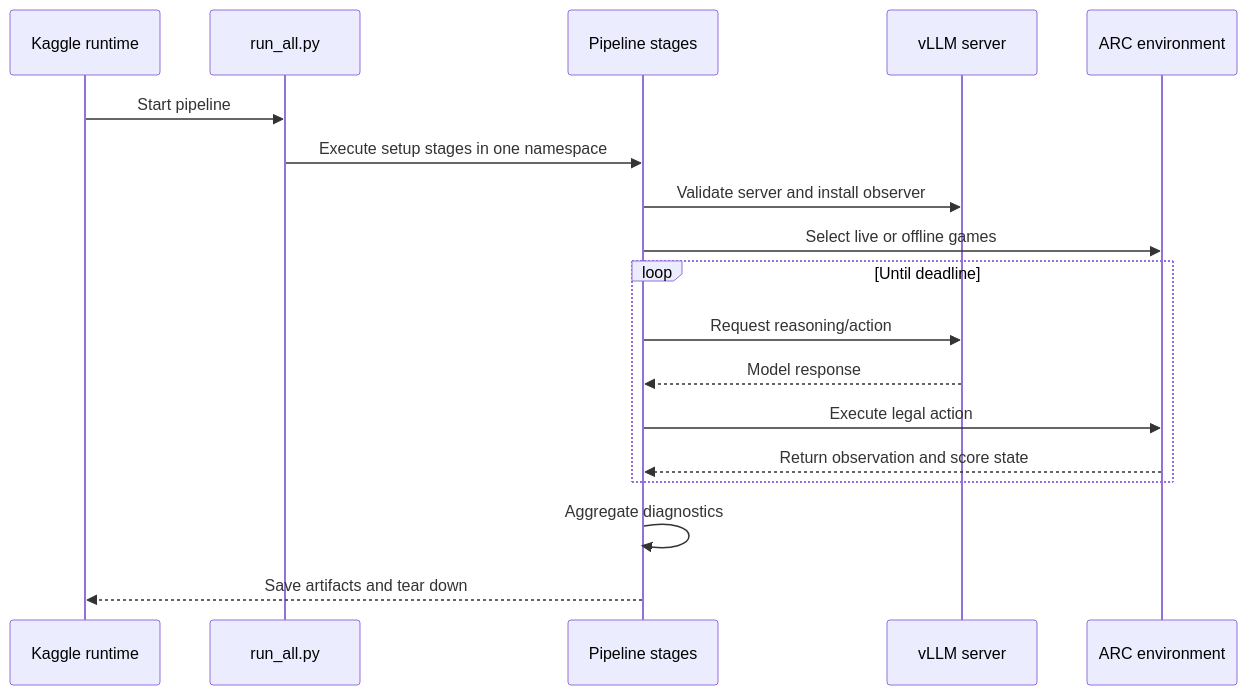
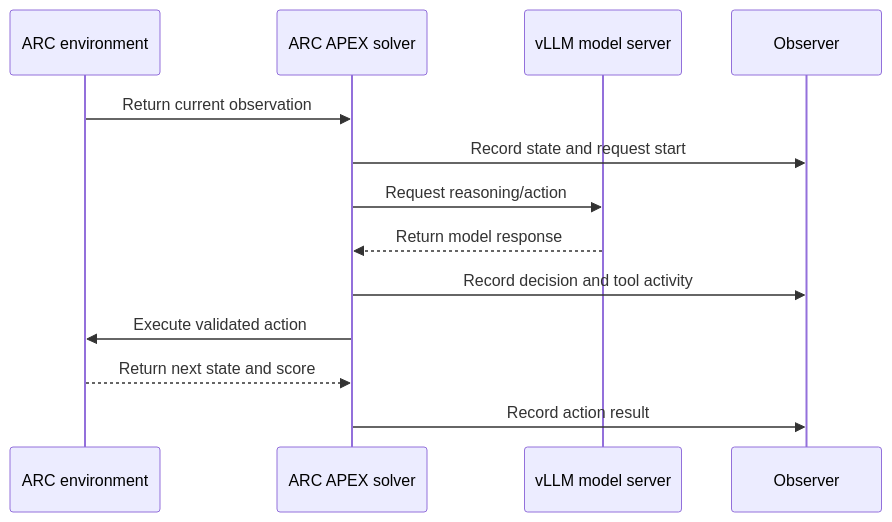
One commit to niswanth8888/ARC_APEX changed the fourth of 5 diagrams in README.md. Above: the diagram before and after it, drawn with Mermaid. The commit also changed other lines of this file, not shown here.

````diff
--- a/README.md
+++ b/README.md
@@ -219,21 +210,16 @@
 ```mermaid
 sequenceDiagram
-    participant K as Kaggle runtime
-    participant R as run_all.py
-    participant P as Pipeline stages
-    participant V as vLLM server
-    participant A as ARC environment
+    participant E as ARC environment
+    participant S as ARC APEX solver
+    participant M as vLLM model server
+    participant O as Observer
 
-    K->>R: Start pipeline
-    R->>P: Execute setup stages in one namespace
-    P->>V: Validate server and install observer
-    P->>A: Select live or offline games
-    loop Until deadline
-        P->>V: Request reasoning/action
-        V-->>P: Model response
-        P->>A: Execute legal action
-        A-->>P: Return observation and score state
-    end
-    P->>P: Aggregate diagnostics
-    P-->>K: Save artifacts and tear down
+    E->>S: Return current observation
+    S->>O: Record state and request start
+    S->>M: Request reasoning/action
+    M-->>S: Return model response
+    S->>O: Record decision and tool activity
+    S->>E: Execute validated action
+    E-->>S: Return next state and score
+    S->>O: Record action result
 ```
````
